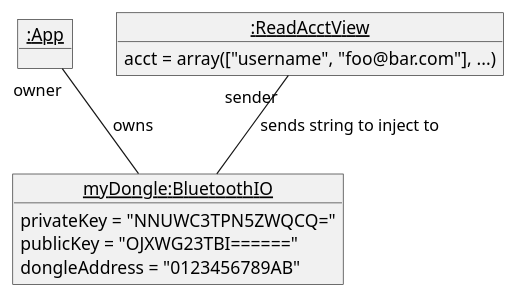
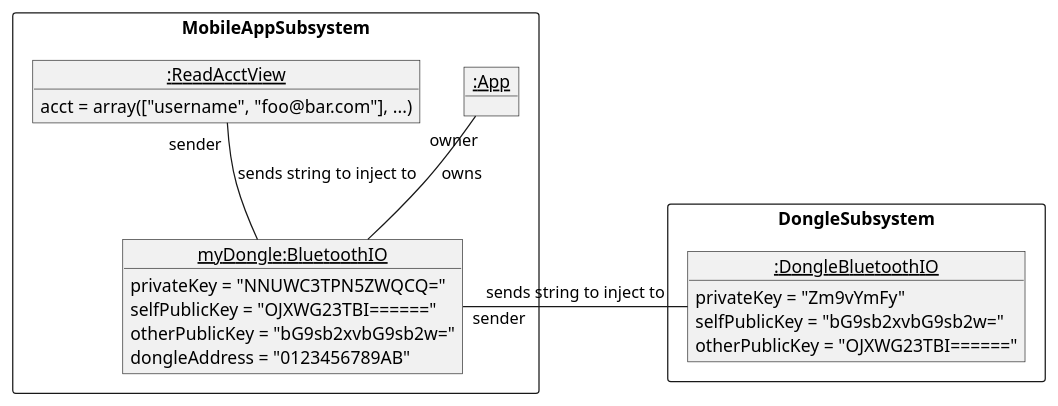
Before and after one commit to gentmantan/cen4010groupproject: the diagram in docs/diag/group/o3.plantuml, drawn with PlantUML. The commit also changed 3 other files, not shown here.

Commit message:
Add new dongle subsystem

```diff
--- a/docs/diag/group/o3.plantuml
+++ b/docs/diag/group/o3.plantuml
@@ -1,19 +1,30 @@
 @startuml
+package MobileAppSubsystem <<rectangle>> {
+        object "<u>:App" as o1
+        object "<u>myDongle:BluetoothIO" as o2
+        object "<u>:ReadAcctView" as o3
+}
 
-object "<u>:App" as o1
-object "<u>myDongle:BluetoothIO" as o2
-object "<u>:ReadAcctView" as o3
+package DongleSubsystem <<rectangle>> {
+        object "<u>:DongleBluetoothIO" as o4
+}
 
 o2 : privateKey = "NNUWC3TPN5ZWQCQ="
-o2 : publicKey = "OJXWG23TBI======"
+o2 : selfPublicKey = "OJXWG23TBI======"
+o2 : otherPublicKey = "bG9sb2xvbG9sb2w="
 o2 : dongleAddress = "0123456789AB"
 
 o3 : acct = array(["username", "foo@bar.com"], ...)
 
+o4 : privateKey = "Zm9vYmFy"
+o4 : selfPublicKey = "bG9sb2xvbG9sb2w="
+o4 : otherPublicKey = "OJXWG23TBI======"
+
 o1 "owner" -- o2 : owns
 o3 "sender" -- o2 : sends string to inject to
+o2 "sender" -right- o4 : sends string to inject to
 'o1 "user \n interface" -- o2 : has reference to
 'o2 "owner" -- o3 : stores
 'o3 "parent" -- o4 : owns
 
 @enduml
```
